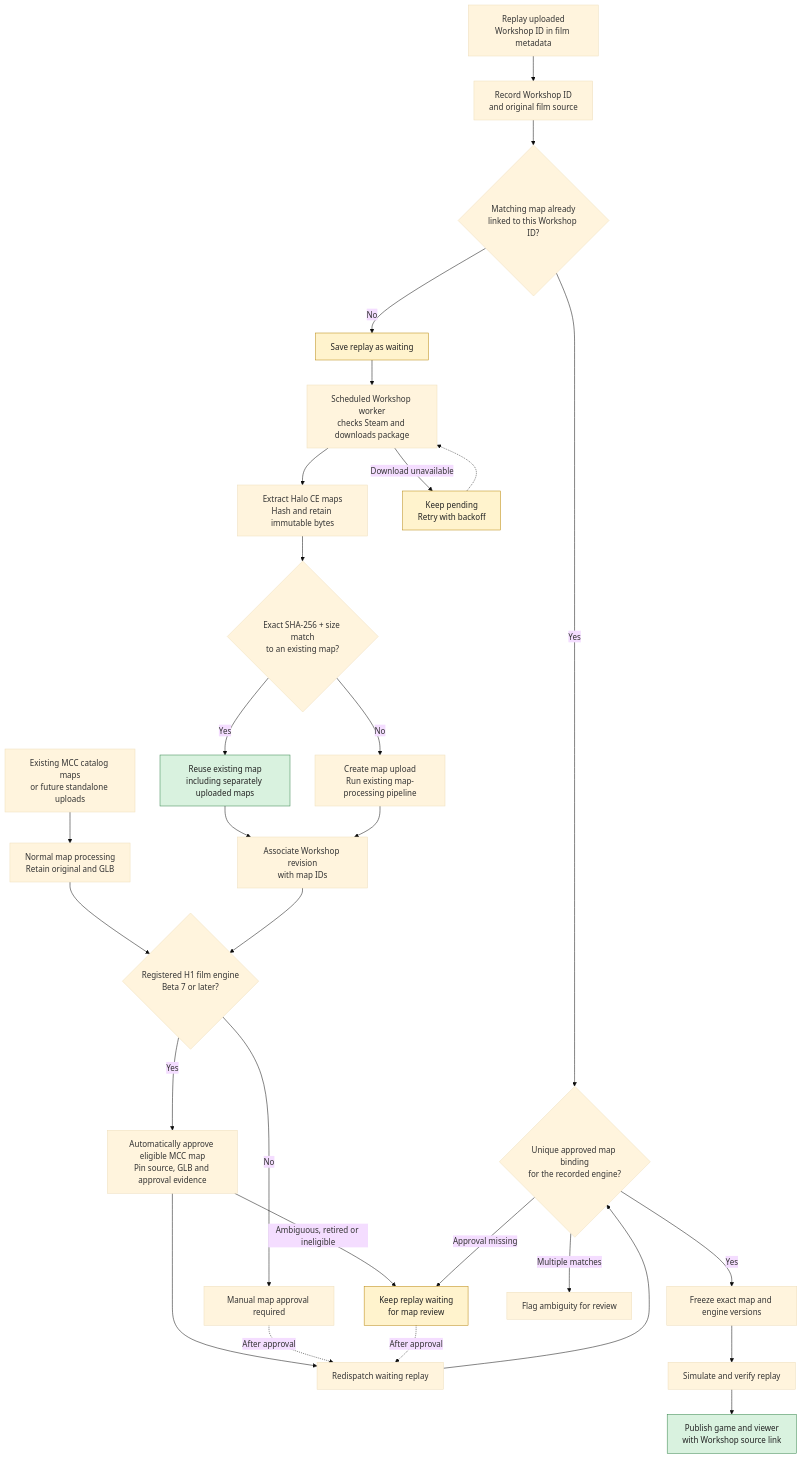
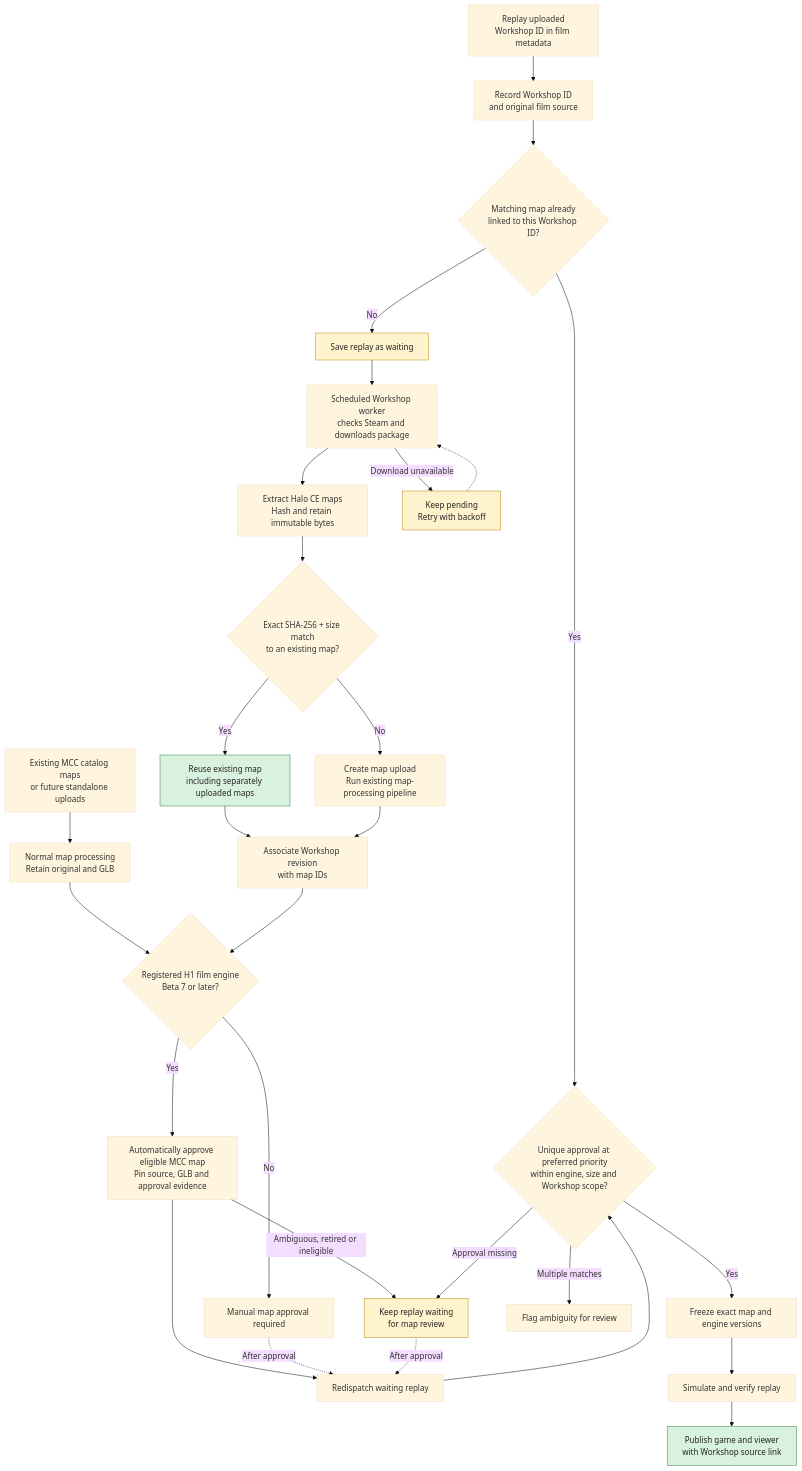
One commit to Mintograde/halospawns-infra changed the first of 3 diagrams in lambda/h1_film/WORKSHOP_MAPS_FLOW.md. Above: the diagram before and after it, drawn with Mermaid (base theme). The commit also changed other lines of this file and 1 other file, not shown here.

````diff
--- a/lambda/h1_film/WORKSHOP_MAPS_FLOW.md
+++ b/lambda/h1_film/WORKSHOP_MAPS_FLOW.md
@@ -9,42 +9,42 @@
 ```mermaid
 flowchart TD
     A["Replay uploaded<br/>Workshop ID in film metadata"] --> B["Record Workshop ID<br/>and original film source"]
     B --> C{"Matching map already<br/>linked to this Workshop ID?"}
     SA["Existing MCC catalog maps<br/>or future standalone uploads"] --> SB["Normal map processing<br/>Retain original and GLB"]
     SB --> AA
 
     C -- Yes --> J
     C -- No --> D["Save replay as waiting"]
     D --> E["Scheduled Workshop worker<br/>checks Steam and downloads package"]
     E --> F["Extract Halo CE maps<br/>Hash and retain immutable bytes"]
     F --> G{"Exact SHA-256 + size match<br/>to an existing map?"}
 
     G -- Yes --> H["Reuse existing map<br/>including separately uploaded maps"]
     G -- No --> I["Create map upload<br/>Run existing map-processing pipeline"]
 
     H --> K["Associate Workshop revision<br/>with map IDs"]
     I --> K
     K --> AA{"Registered H1 film engine<br/>Beta 7 or later?"}
     AA -- Yes --> AB["Automatically approve eligible MCC map<br/>Pin source, GLB and approval evidence"]
     AA -- No --> AC["Manual map approval required"]
     AB --> L["Redispatch waiting replay"]
     AC -. "After approval" .-> L
     AB -- "Ambiguous, retired or ineligible" --> P
-    L --> J{"Unique approved map binding<br/>for the recorded engine?"}
+    L --> J{"Unique approval at preferred priority<br/>within engine, size and Workshop scope?"}
 
     J -- Yes --> M["Freeze exact map and engine versions"]
     M --> N["Simulate and verify replay"]
     N --> O["Publish game and viewer<br/>with Workshop source link"]
 
     J -- "Approval missing" --> P["Keep replay waiting<br/>for map review"]
     P -. "After approval" .-> L
     J -- "Multiple matches" --> Q["Flag ambiguity for review"]
 
     E -- "Download unavailable" --> R["Keep pending<br/>Retry with backoff"]
     R -.-> E
 
     classDef waiting fill:#fff3cd,stroke:#b8860b,color:#222;
     classDef success fill:#d9f2df,stroke:#34834b,color:#222;
     class D,P,R waiting;
     class H,O success;
 ```
````
